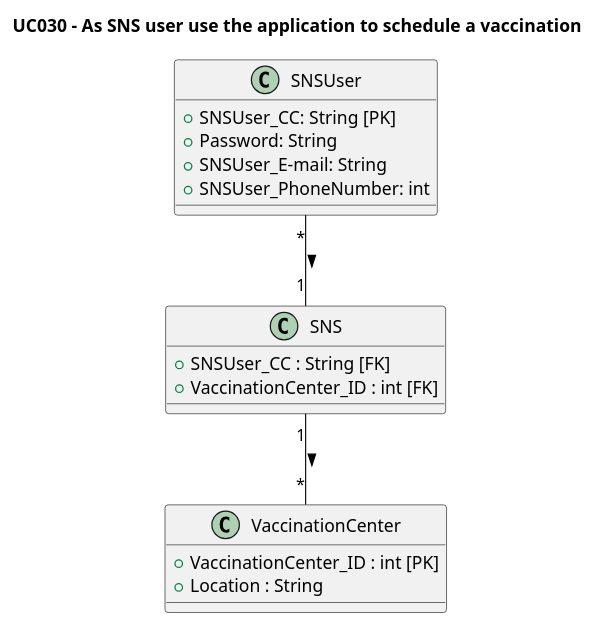
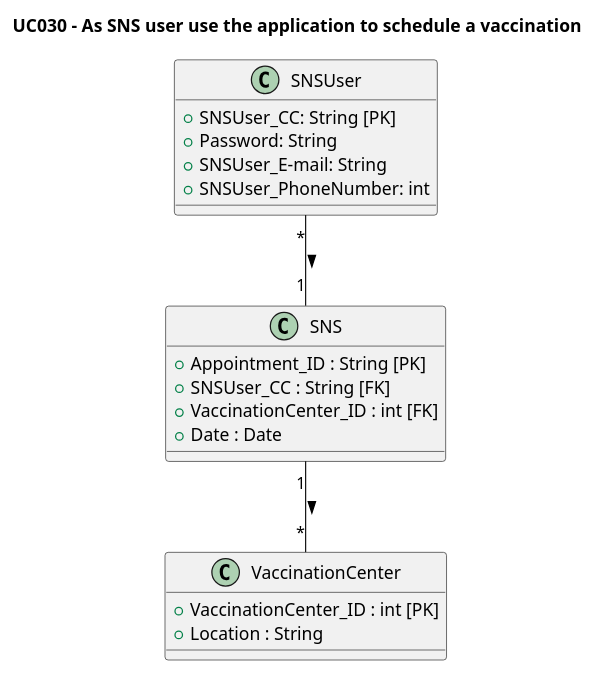
Before and after one commit to rafaafig/SnsTrab: the diagram in sns-base/doc/global/use-cases/UC030/ucd-UCD030.puml, drawn with PlantUML.

Commit message:
Updated UCD 30

```diff
--- a/sns-base/doc/global/use-cases/UC030/ucd-UCD030.puml
+++ b/sns-base/doc/global/use-cases/UC030/ucd-UCD030.puml
@@ -1,27 +1,29 @@
 @startuml
 'skinparam monochrome true
 'skinparam shadowing false
 
 title UC030 - As SNS user use the application to schedule a vaccination
 
 class SNSUser {
     + SNSUser_CC: String [PK]
     + Password: String
     + SNSUser_E-mail: String
     + SNSUser_PhoneNumber: int
 }
 
 class VaccinationCenter {
     + VaccinationCenter_ID : int [PK]
     + Location : String
 }
 
 class SNS{
+    + Appointment_ID : String [PK]
     + SNSUser_CC : String [FK]
     + VaccinationCenter_ID : int [FK]
+    + Date : Date
 }
 
 ' Relationships
 SNSUser "*" -- "1" SNS :  >
 SNS "1" -- "*" VaccinationCenter :  >
 @enduml
```
